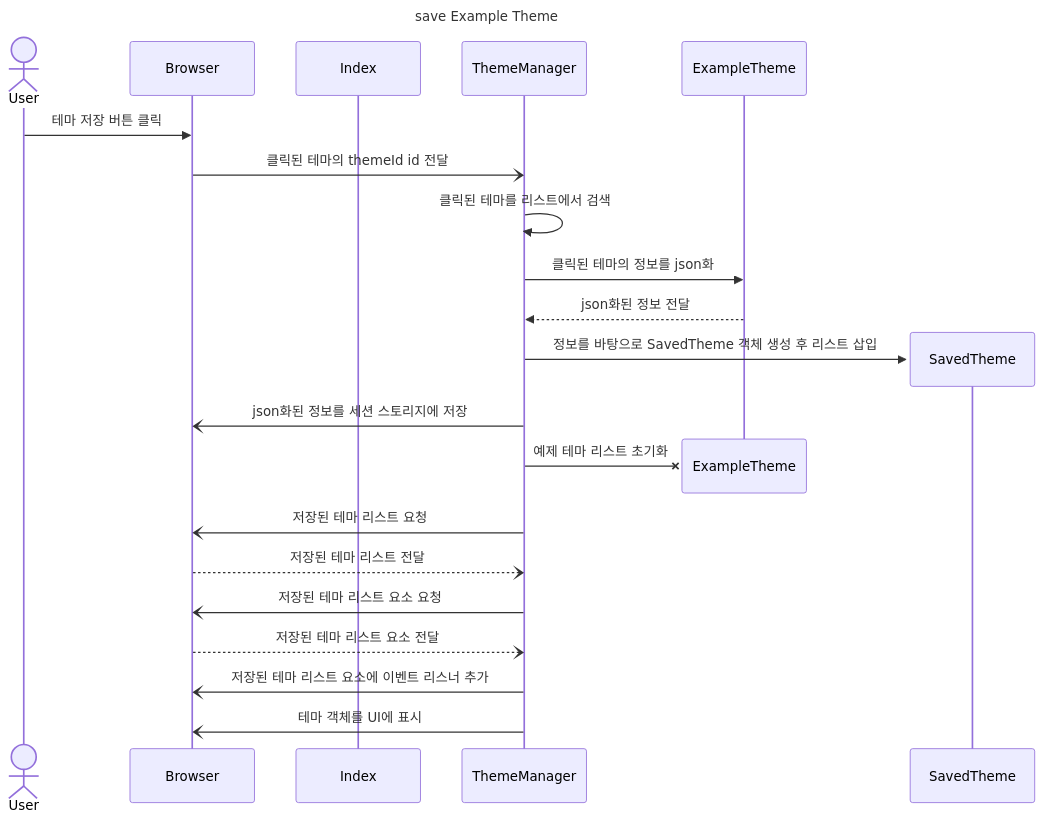
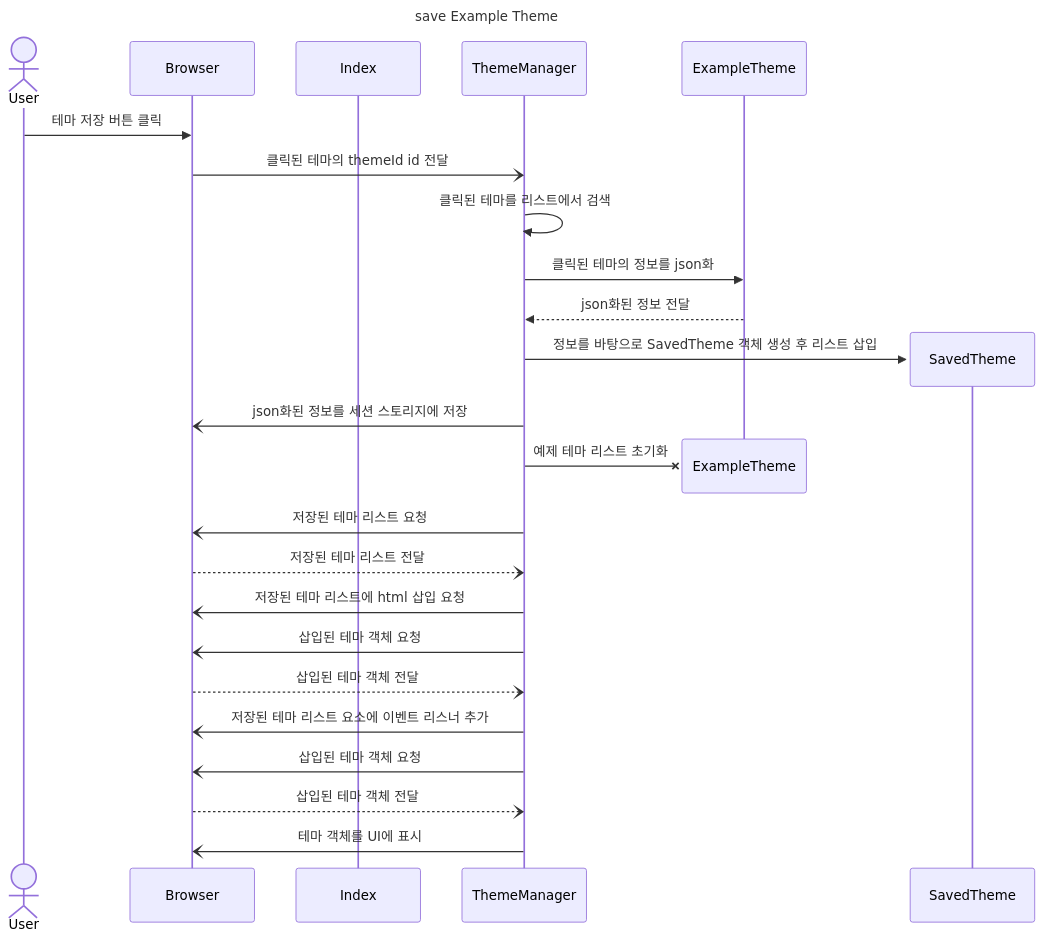
Before and after one commit to ZeyaKim/themeforge: the fourth of 4 diagrams in README.md, drawn with Mermaid. The commit also changed other lines of this file and 1 other file, not shown here.

Commit message:
📝 update sequence diagram

````diff
--- a/README.md
+++ b/README.md
@@ -218,28 +226,31 @@
 ```mermaid
 ---
 title: save Example Theme
 ---
 sequenceDiagram
     actor User
     participant Browser
     participant Index
     participant ThemeManager
     participant ExampleTheme
 
     User->>Browser: 테마 저장 버튼 클릭
     Browser-)ThemeManager: 클릭된 테마의 themeId id 전달
     ThemeManager->>ThemeManager: 클릭된 테마를 리스트에서 검색
     ThemeManager->>ExampleTheme: 클릭된 테마의 정보를 json화
     ExampleTheme-->>ThemeManager: json화된 정보 전달
     create participant SavedTheme
     ThemeManager->>SavedTheme: 정보를 바탕으로 SavedTheme 객체 생성 후 리스트 삽입
     ThemeManager-)Browser: json화된 정보를 세션 스토리지에 저장
     destroy ExampleTheme
     ThemeManager-xExampleTheme: 예제 테마 리스트 초기화
     ThemeManager-)Browser: 저장된 테마 리스트 요청
     Browser--)ThemeManager: 저장된 테마 리스트 전달
-    ThemeManager-)Browser: 저장된 테마 리스트 요소 요청
-    Browser--)ThemeManager: 저장된 테마 리스트 요소 전달
+    ThemeManager-)Browser: 저장된 테마 리스트에 html 삽입 요청
+    ThemeManager-)Browser: 삽입된 테마 객체 요청
+    Browser--)ThemeManager: 삽입된 테마 객체 전달
     ThemeManager-)Browser: 저장된 테마 리스트 요소에 이벤트 리스너 추가
+    ThemeManager-)Browser: 삽입된 테마 객체 요청
+    Browser--)ThemeManager: 삽입된 테마 객체 전달
     ThemeManager-)Browser: 테마 객체를 UI에 표시 
 ```
````
